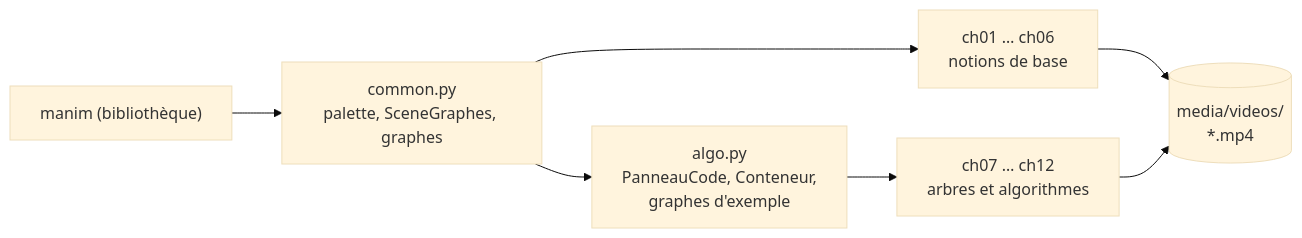
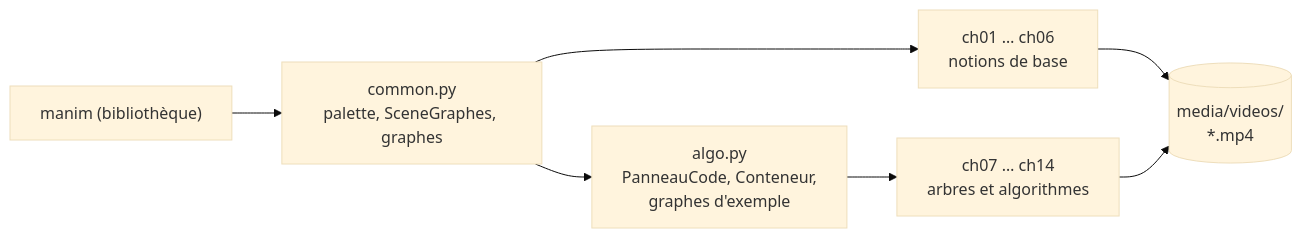
One commit to sikoso774/revisions-maths changed the first of 2 diagrams in ARCHITECTURE.md. Above: the diagram before and after it, drawn with Mermaid (base theme). The commit also changed other lines of this file and 6 other files, not shown here.

````diff
--- a/ARCHITECTURE.md
+++ b/ARCHITECTURE.md
@@ -9,9 +9,9 @@
 ```mermaid
 flowchart LR
     manim["manim (bibliothèque)"] --> common
     common["common.py<br/>palette, SceneGraphes, graphes"] --> c16["ch01 … ch06<br/>notions de base"]
     common --> algo
-    algo["algo.py<br/>PanneauCode, Conteneur,<br/>graphes d'exemple"] --> c712["ch07 … ch12<br/>arbres et algorithmes"]
+    algo["algo.py<br/>PanneauCode, Conteneur,<br/>graphes d'exemple"] --> c714["ch07 … ch14<br/>arbres et algorithmes"]
     c16 --> media[("media/videos/<br/>*.mp4")]
-    c712 --> media
+    c714 --> media
 ```
````
